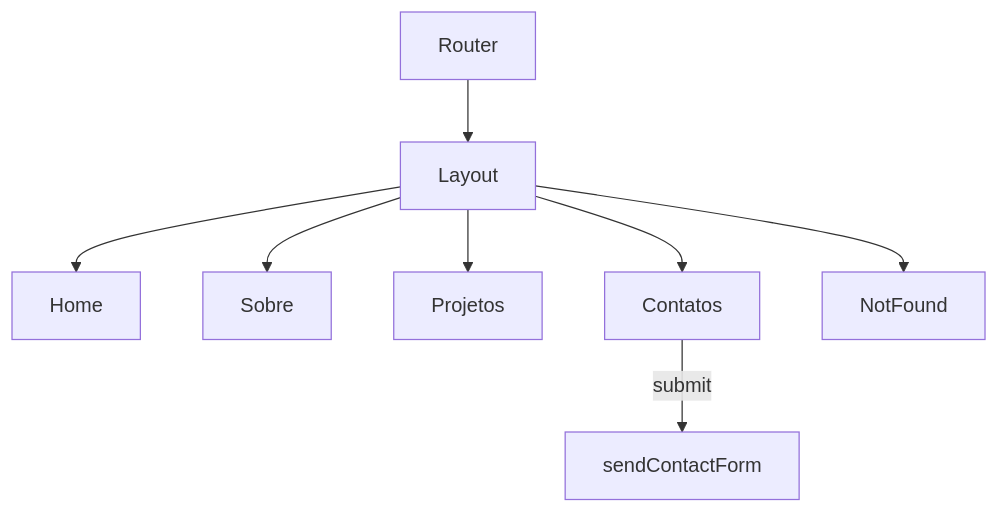
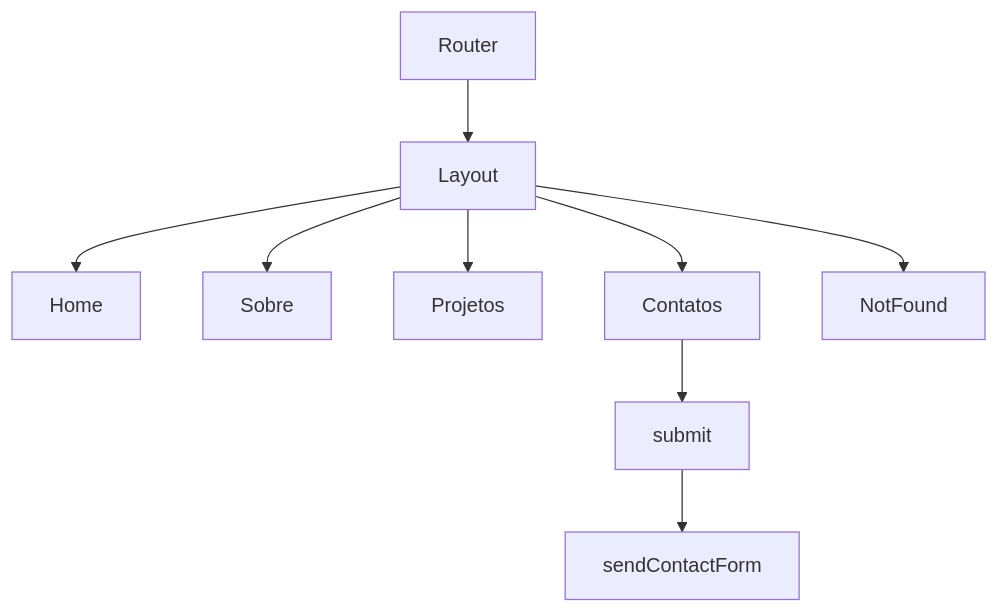
One commit to KleilsonSantos/kleilson-portfolio changed the fifth of 14 diagrams in docs/architecture/system-guide.md. Above: the diagram before and after it, drawn with Mermaid. The commit also changed other lines of this file, not shown here.

Commit message:
fix: 🐛 sintaxe Mermaid no system-guide (nó /admin)

````diff
--- a/docs/architecture/system-guide.md
+++ b/docs/architecture/system-guide.md
@@ -179,10 +180,11 @@
 ```mermaid
 flowchart TD
   R[Router] --> L[Layout]
   L --> H[Home]
   L --> S[Sobre]
   L --> P[Projetos]
   L --> C[Contatos]
   L --> N[NotFound]
-  C -->|submit| API[sendContactForm]
+  C --> Submit["submit"]
+  Submit --> API["sendContactForm"]
 ```
````
